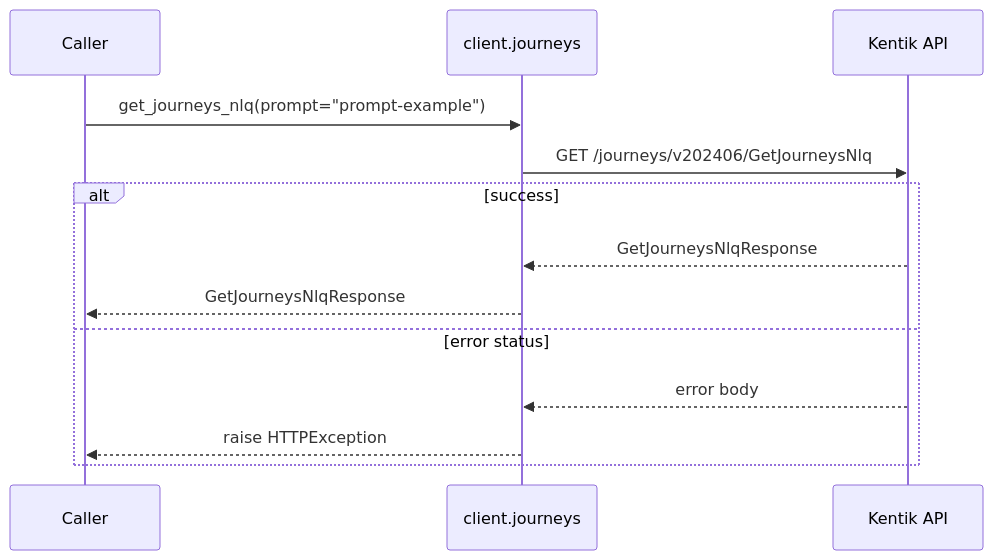
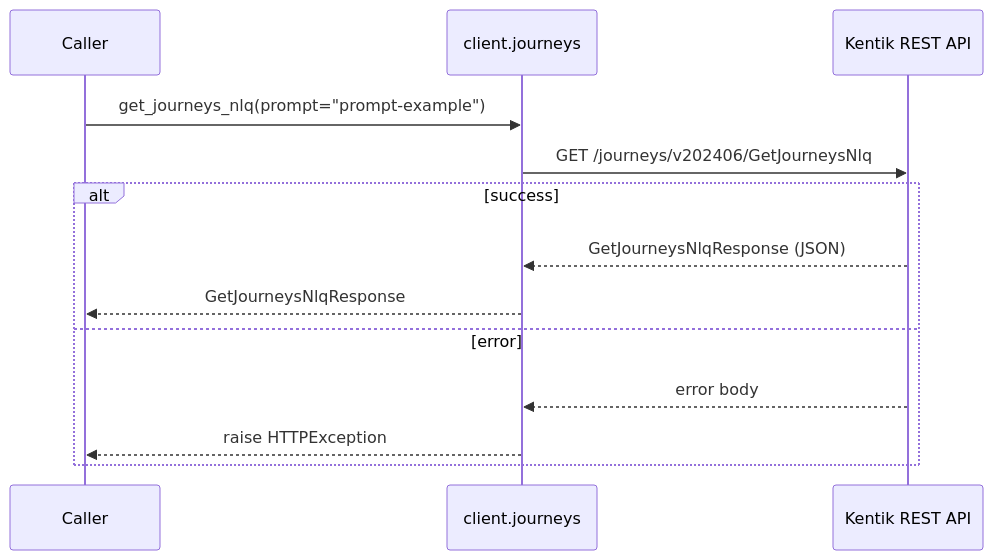
The second of 4 diagrams in docs/sphinx/services/journeys.md (alexdearaujo/community_sdk_python), drawn with Mermaid before and after one commit. The commit also changed other lines of this file and 61 other files, not shown here.

````diff
--- a/docs/sphinx/services/journeys.md
+++ b/docs/sphinx/services/journeys.md
@@ -33,16 +35,16 @@
 ```mermaid
 sequenceDiagram
     participant C as Caller
     participant W as client.journeys
-    participant API as Kentik API
+    participant API as Kentik REST API
 
     C->>W: get_journeys_nlq(prompt="prompt-example")
     W->>API: GET /journeys/v202406/GetJourneysNlq
     alt success
-        API-->>W: GetJourneysNlqResponse
+        API-->>W: GetJourneysNlqResponse (JSON)
         W-->>C: GetJourneysNlqResponse
-    else error status
+    else error
         API-->>W: error body
         W-->>C: raise HTTPException
     end
 ```
````
